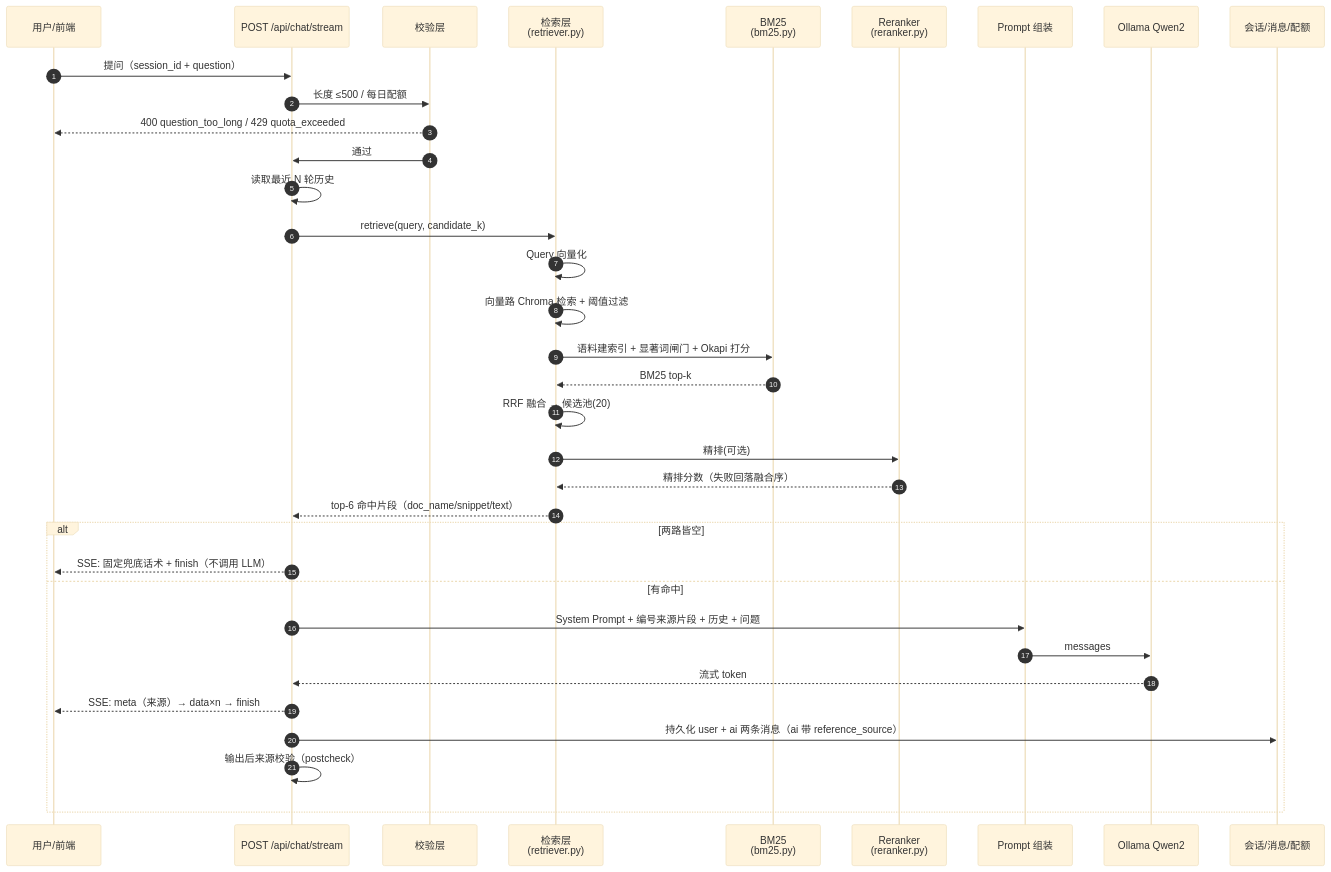
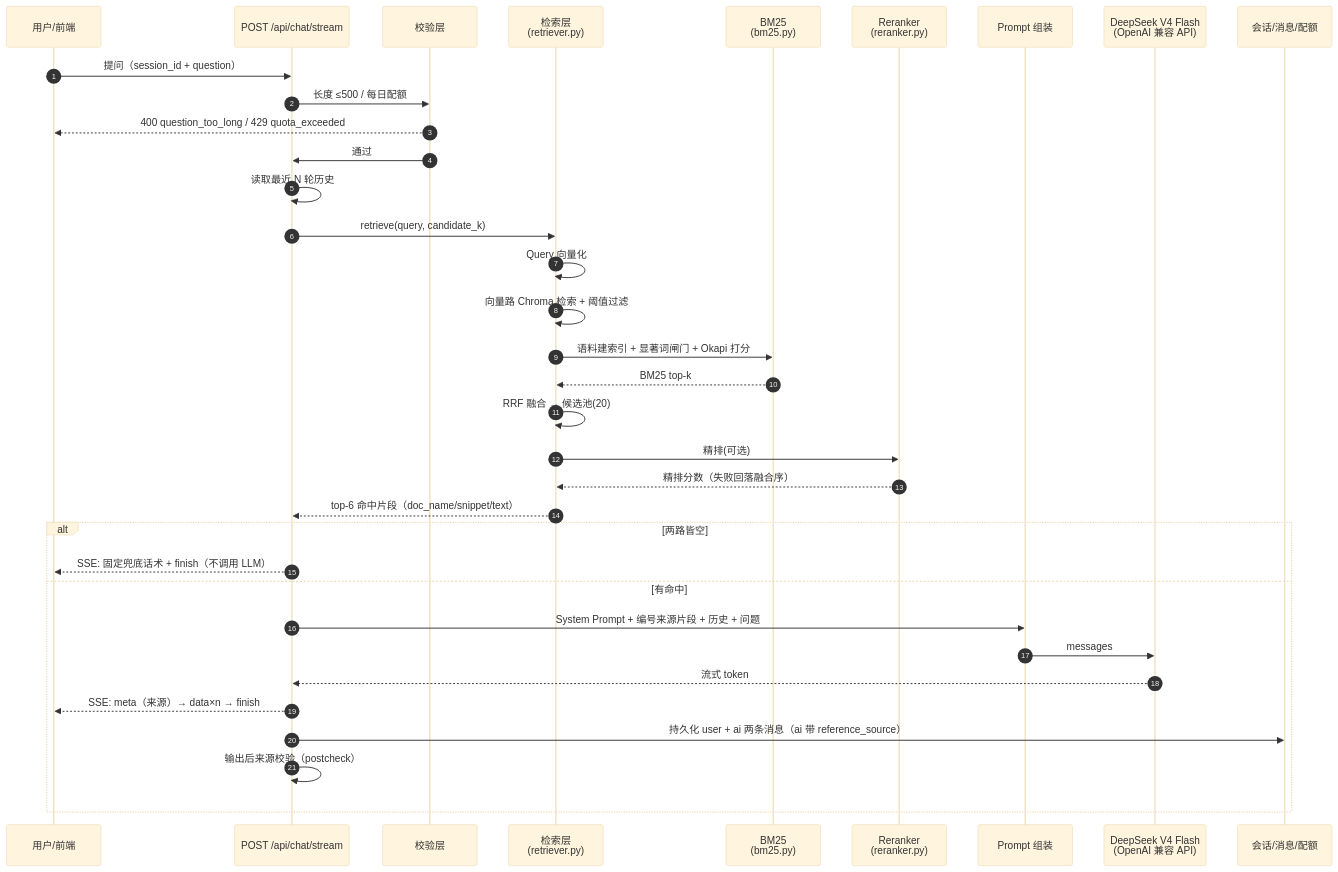
One commit to ciciliminhui11/Nexus-Support-Agent changed the first of 2 diagrams in docs/业务流程说明.md. Above: the diagram before and after it, drawn with Mermaid (base theme). The commit also changed 4 other files, not shown here.

````diff
--- a/docs/业务流程说明.md
+++ b/docs/业务流程说明.md
@@ -7,38 +7,38 @@
 ```mermaid
 sequenceDiagram
     autonumber
     participant U as 用户/前端
     participant API as POST /api/chat/stream
     participant VAL as 校验层
     participant R as 检索层<br/>(retriever.py)
     participant BM as BM25<br/>(bm25.py)
     participant RR as Reranker<br/>(reranker.py)
     participant P as Prompt 组装
-    participant LLM as Ollama Qwen2
+    participant LLM as DeepSeek V4 Flash<br/>(OpenAI 兼容 API)
     participant DB as 会话/消息/配额
 
     U->>API: 提问（session_id + question）
     API->>VAL: 长度 ≤500 / 每日配额
     VAL-->>U: 400 question_too_long / 429 quota_exceeded
     VAL->>API: 通过
     API->>API: 读取最近 N 轮历史
     API->>R: retrieve(query, candidate_k)
     R->>R: Query 向量化
     R->>R: 向量路 Chroma 检索 + 阈值过滤
     R->>BM: 语料建索引 + 显著词闸门 + Okapi 打分
     BM-->>R: BM25 top-k
     R->>R: RRF 融合 → 候选池(20)
     R->>RR: 精排(可选)
     RR-->>R: 精排分数（失败回落融合序）
     R-->>API: top-6 命中片段（doc_name/snippet/text）
     alt 两路皆空
         API-->>U: SSE: 固定兜底话术 + finish（不调用 LLM）
     else 有命中
         API->>P: System Prompt + 编号来源片段 + 历史 + 问题
         P->>LLM: messages
         LLM-->>API: 流式 token
         API-->>U: SSE: meta（来源）→ data×n → finish
         API->>DB: 持久化 user + ai 两条消息（ai 带 reference_source）
         API->>API: 输出后来源校验（postcheck）
     end
 ```
````
